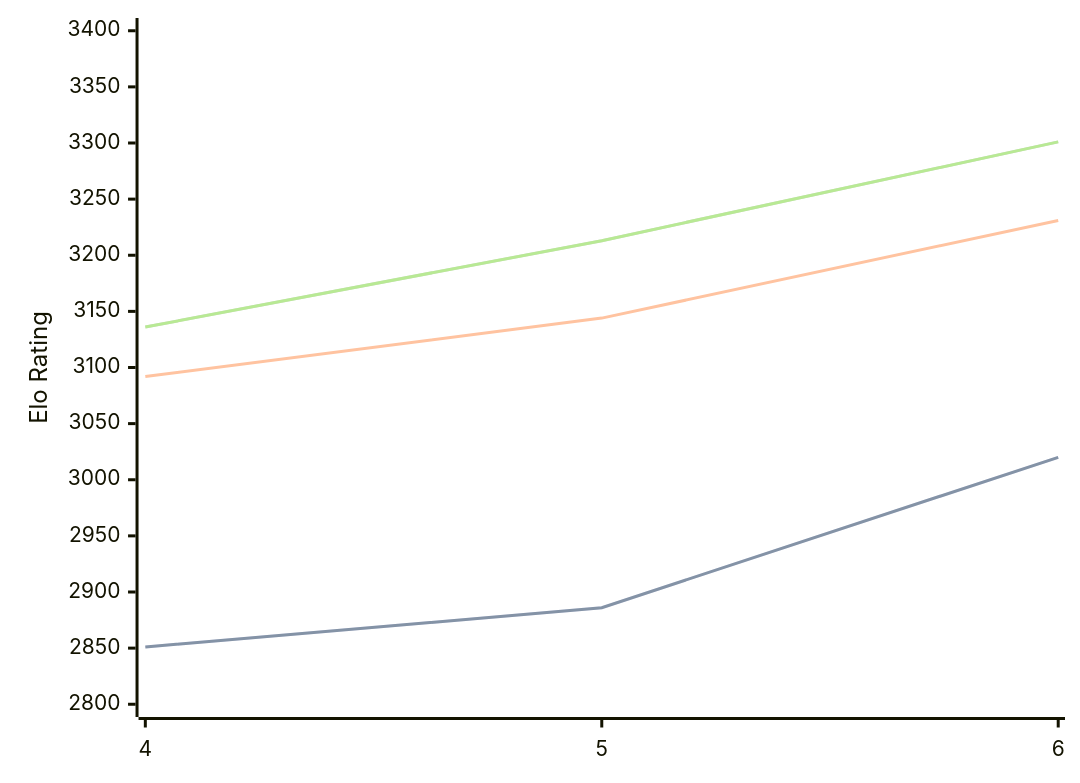
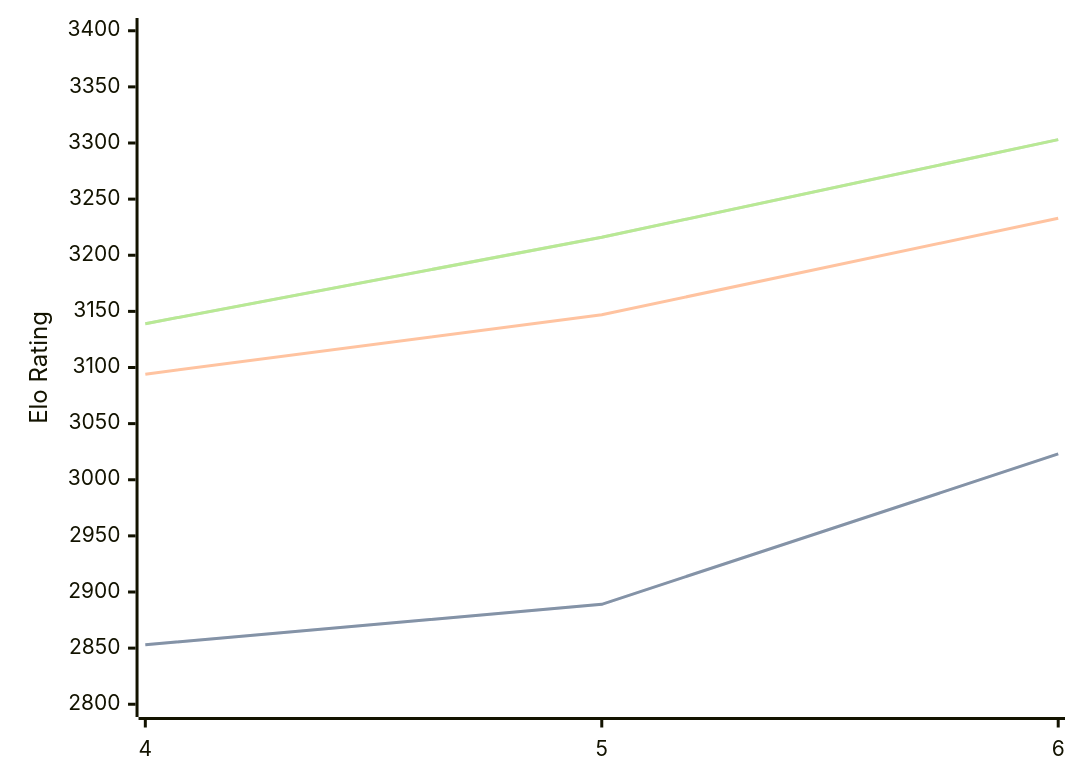
One commit to computer-chess-index/cci changed the diagram in engines/Cwtch.md. Above: the diagram before and after it, drawn with Mermaid. The commit also changed other lines of this file, not shown here.

Commit message:
Update CCI Ratings (ELO VLTC) - 2026-09-24

````diff
--- a/engines/Cwtch.md
+++ b/engines/Cwtch.md
@@ -34,11 +34,11 @@
 ```mermaid
 %%{init: {"theme":"base","themeVariables":{"seriesColors:['#a3a3a3','#222221','#faa371']}}}%%
 xychart-beta
   x-axis ["4", "5", "6"]
   y-axis "Elo Rating" 2800 --> 3400
-  line "" [2851, 2886, 3020]
-  line "STC (8.0+0.08s)" [2851, 2886, 3020]
-  line "LTC (60.0+0.60s)" [3092, 3144, 3231]
-  line "" [3136, 3213, 3301]
-  line "VLTC (2m24s+1.12s)" [3136, 3213, 3301]
+  line "" [2853, 2889, 3023]
+  line "STC (8.0+0.08s)" [2853, 2889, 3023]
+  line "LTC (60.0+0.60s)" [3094, 3147, 3233]
+  line "" [3139, 3216, 3303]
+  line "VLTC (2m24s+1.12s)" [3139, 3216, 3303]
 ```
````
